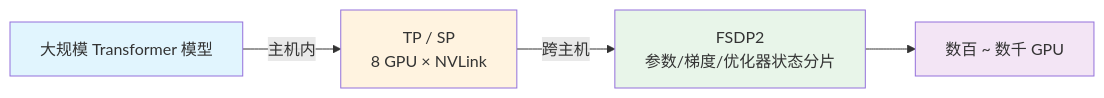
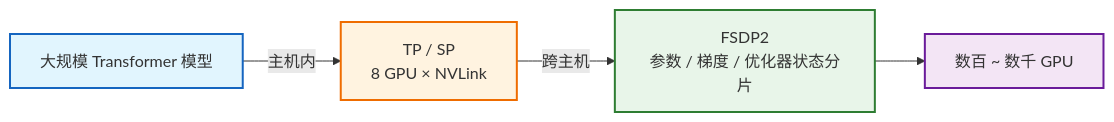
The first of 18 diagrams in docs/fsdp2_tp_tutorial.md (jianzhnie/ScaleTorch), drawn with Mermaid before and after one commit. The commit also changed other lines of this file, not shown here.

First line of the commit message:
docs(fsdp2_tp_tutorial): refine mermaid diagrams and fix tutorial formatting

````diff
--- a/docs/fsdp2_tp_tutorial.md
+++ b/docs/fsdp2_tp_tutorial.md
@@ -14,11 +14,11 @@
 ```mermaid
 flowchart LR
- A["大规模 Transformer 模型"] -->|"主机内"| B["TP / SP\n8 GPU × NVLink"]
- B -->|"跨主机"| C["FSDP2\n参数/梯度/优化器状态分片"]
- C --> D["数百 ~ 数千 GPU"]
+    A["大规模 Transformer 模型"] -->|"主机内"| B["TP / SP\n8 GPU × NVLink"]
+    B -->|"跨主机"| C["FSDP2\n参数 / 梯度 / 优化器状态分片"]
+    C --> D["数百 ~ 数千 GPU"]
 
- style A fill:#e1f5fe
- style B fill:#fff3e0
- style C fill:#e8f5e9
- style D fill:#f3e5f5
+    style A fill:#e1f5fe,stroke:#1565c0,stroke-width:2px
+    style B fill:#fff3e0,stroke:#ef6c00,stroke-width:2px
+    style C fill:#e8f5e9,stroke:#2e7d32,stroke-width:2px
+    style D fill:#f3e5f5,stroke:#6a1b9a,stroke-width:2px
 ```
````
